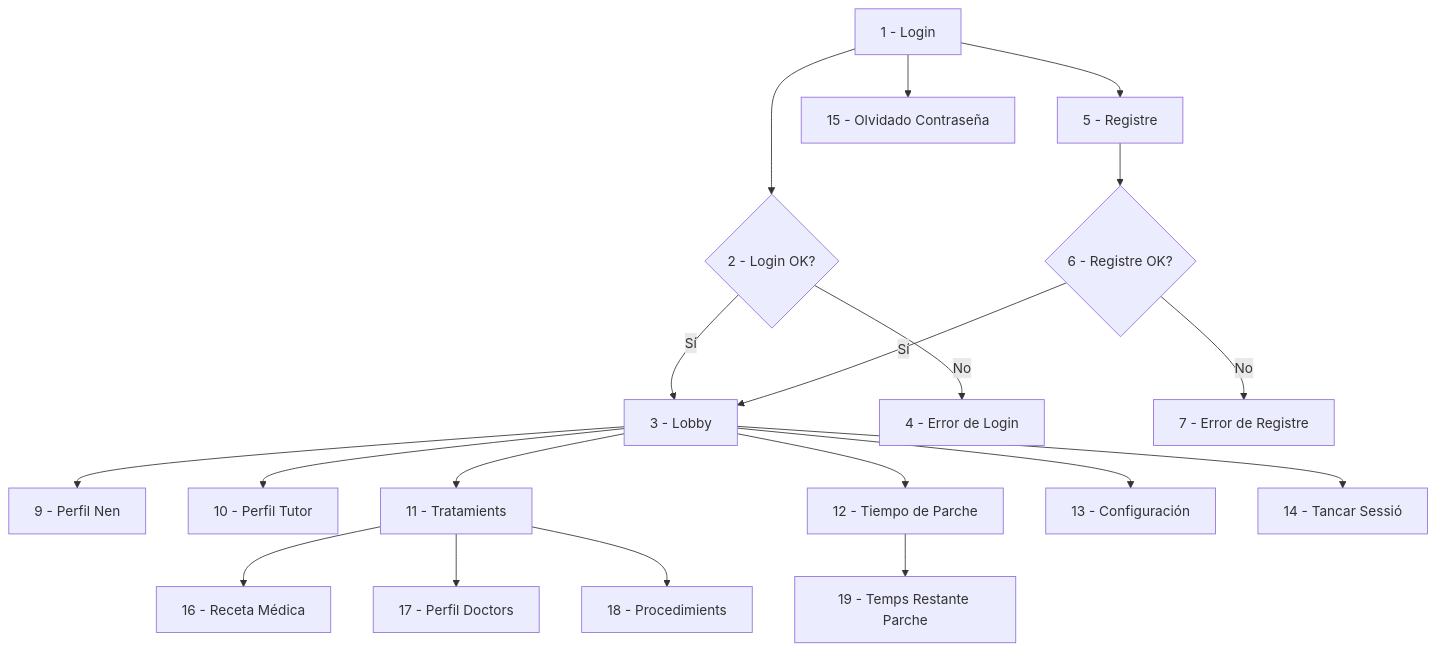
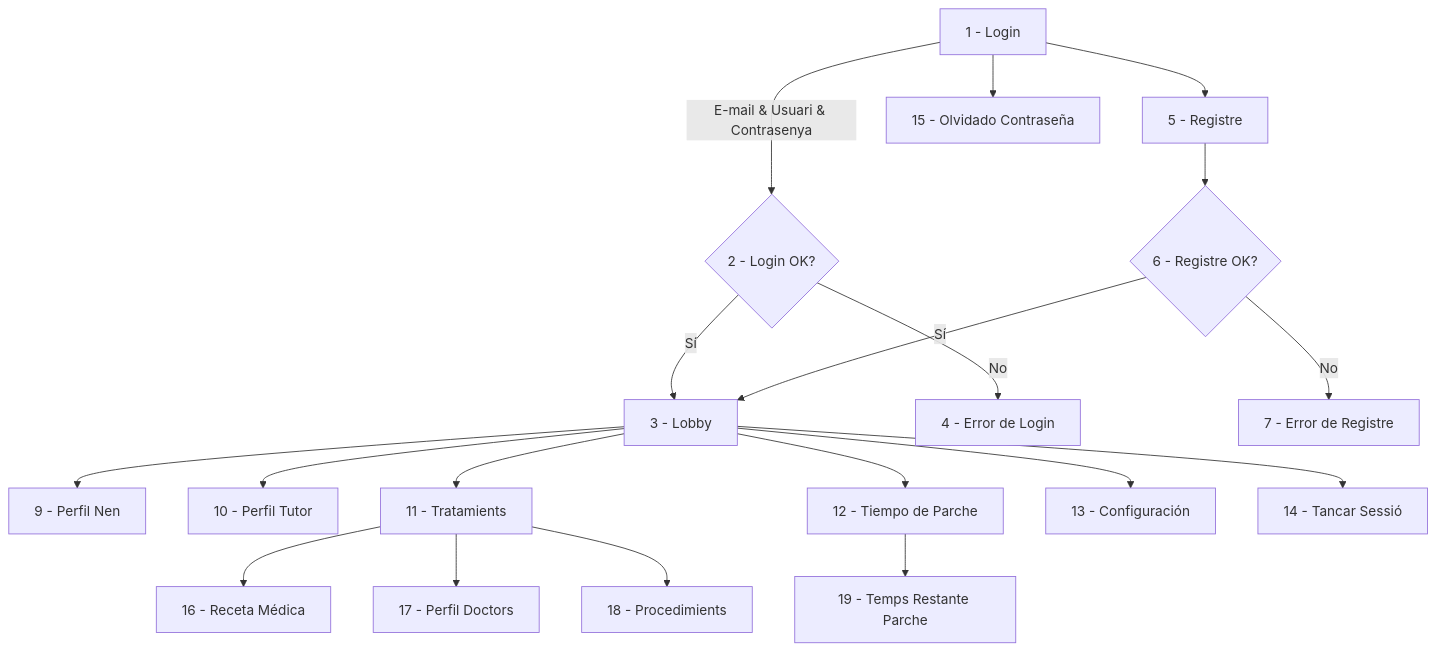
One commit to atlas-74/tapatapp changed the diagram in charts/DiagramaFluxeWireframe.mermaid. Above: the diagram before and after it, drawn with Mermaid.

```diff
--- a/charts/DiagramaFluxeWireframe.mermaid
+++ b/charts/DiagramaFluxeWireframe.mermaid
@@ -1,21 +1,21 @@
 flowchart TD
-    A[1 - Login] --> B{2 - Login OK?}
+    A[1 - Login] -->|E-mail & Usuari & Contrasenya| B{2 - Login OK?}
     B -- Sí --> C[3 - Lobby]
     B -- No --> D[4 - Error de Login]
     A --> E[5 - Registre]
     E --> F{6 - Registre OK?}
     F -- Sí --> C
     F -- No --> G[7 - Error de Registre]
     C --> H[9 - Perfil Nen]
     C --> I[10 - Perfil Tutor]
     C --> J[11 - Tratamients]
     C --> K[12 - Tiempo de Parche]
     C --> L[13 - Configuración]
     C --> M[14 - Tancar Sessió]
     A --> N[15 - Olvidado Contraseña]
     
     J --> O[16 - Receta Médica]
     J --> P[17 - Perfil Doctors]
     J --> Q[18 - Procedimients]
 
     K --> R[19 - Temps Restante Parche]
```
